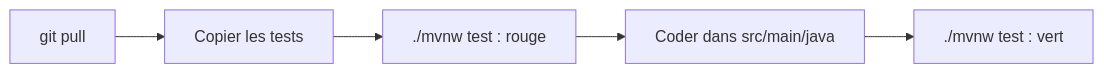
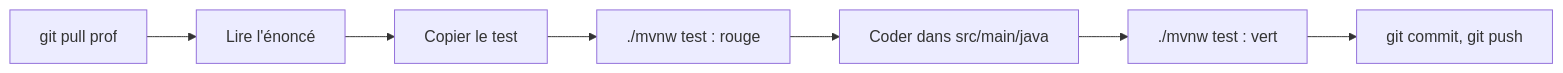
Before and after one commit to ounzin/poa: the diagram in README.md, drawn with Mermaid. The commit also changed other lines of this file and 2 other files, not shown here.

````diff
--- a/README.md
+++ b/README.md
@@ -35,7 +44,9 @@
 ```mermaid
 flowchart LR
-    A[git pull] --> B[Copier les tests]
-    B --> C[./mvnw test : rouge]
-    C --> D[Coder dans src/main/java]
-    D --> E[./mvnw test : vert]
+    A[git pull prof] --> B[Lire l'énoncé]
+    B --> C[Copier le test]
+    C --> D[./mvnw test : rouge]
+    D --> E[Coder dans src/main/java]
+    E --> F[./mvnw test : vert]
+    F --> G[git commit, git push]
 ```
````
